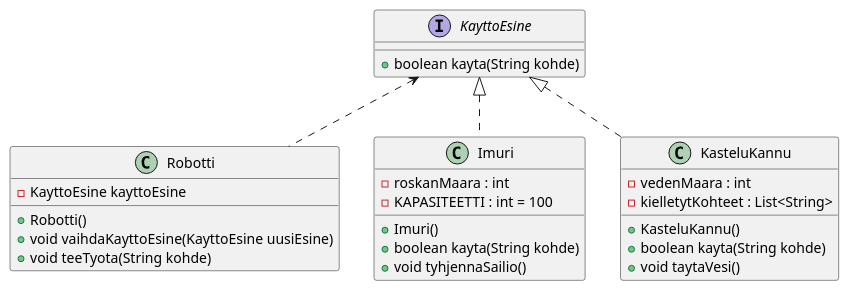
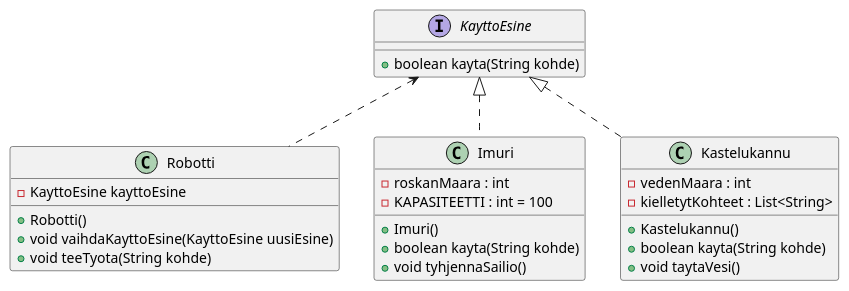
The diagram in src/exercises/4-4-kotityorobotti/handout.md (ohj-perus-jy/ohj2), drawn with PlantUML before and after one commit. The commit also changed other lines of this file and 2 other files, not shown here.

Commit message:
Fine tune wordings

````diff
--- a/src/exercises/4-4-kotityorobotti/handout.md
+++ b/src/exercises/4-4-kotityorobotti/handout.md
@@ -8,37 +8,37 @@
 ```plantuml
 @startuml
 class Robotti {
     -KayttoEsine kayttoEsine
     +Robotti()
     +void vaihdaKayttoEsine(KayttoEsine uusiEsine)
     +void teeTyota(String kohde)
 }
 
 interface KayttoEsine {
     +boolean kayta(String kohde)
 }
 
 class Imuri {
     -roskanMaara : int
     -KAPASITEETTI : int = 100
     +Imuri()
     +boolean kayta(String kohde)
     +void tyhjennaSailio()
 }
 
 
-class KasteluKannu {
+class Kastelukannu {
     -vedenMaara : int
     -kielletytKohteet : List<String>
-    +KasteluKannu()
+    +Kastelukannu()
     +boolean kayta(String kohde)
     +void taytaVesi()
 }
 
 
 KayttoEsine <|.. Imuri
-KayttoEsine <|.. KasteluKannu
+KayttoEsine <|.. Kastelukannu
 KayttoEsine <.. Robotti
 
 @enduml
 ```
````
